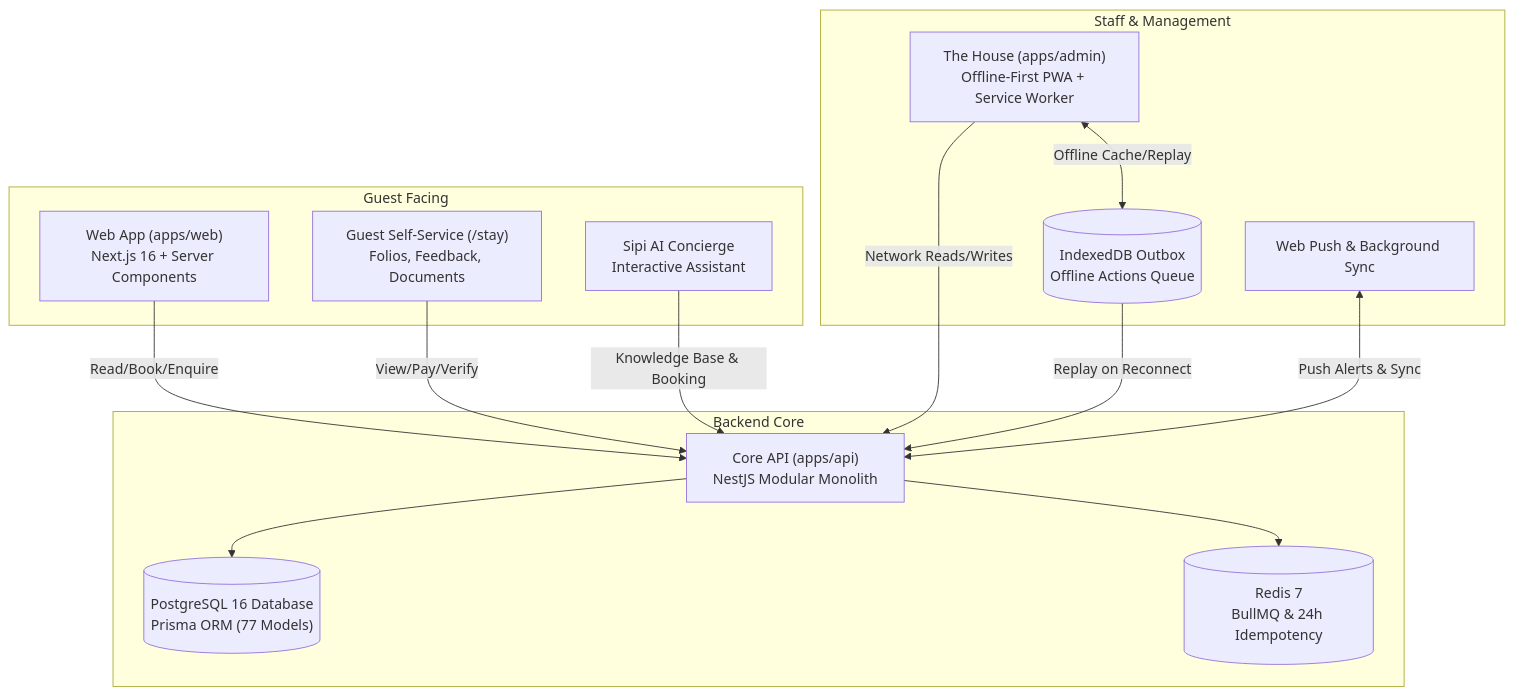
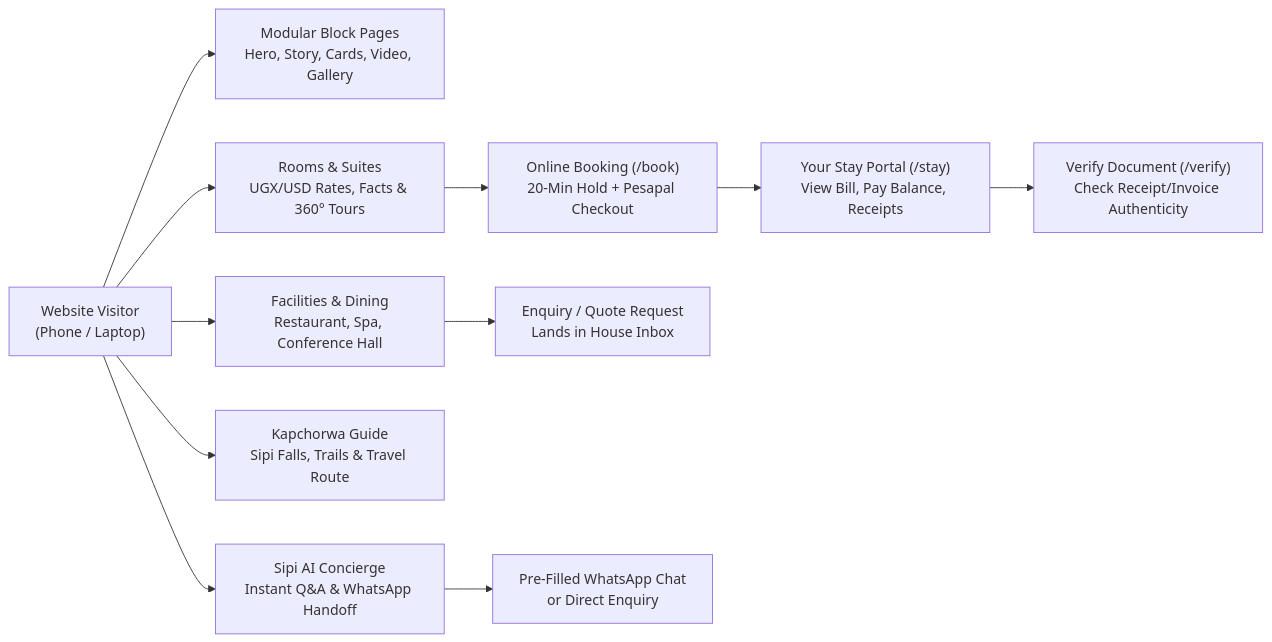
One commit to ecadelgrouplimited-dot/reberonhotelwebsite changed the first of 3 diagrams in docs/FEATURES.md. Above: the diagram before and after it, drawn with Mermaid. The commit also changed other lines of this file, not shown here.

````diff
--- a/docs/FEATURES.md
+++ b/docs/FEATURES.md
@@ -16,30 +77,14 @@
 ```mermaid
-flowchart TD
-  subgraph Public ["Guest Facing"]
-    W["Web App (apps/web)<br/>Next.js 16 + Server Components"]
-    G["Guest Self-Service (/stay)<br/>Folios, Feedback, Documents"]
-    AI["Sipi AI Concierge<br/>Interactive Assistant"]
-  end
+flowchart LR
+  V["Website Visitor<br/>(Phone / Laptop)"] --> HOME["Modular Block Pages<br/>Hero, Story, Cards, Video, Gallery"]
+  V --> ROOMS["Rooms & Suites<br/>UGX/USD Rates, Facts & 360° Tours"]
+  V --> FAC["Facilities & Dining<br/>Restaurant, Spa, Conference Hall"]
+  V --> KAP["Kapchorwa Guide<br/>Sipi Falls, Trails & Travel Route"]
+  V --> AI["Sipi AI Concierge<br/>Instant Q&A & WhatsApp Handoff"]
 
-  subgraph Staff ["Staff & Management"]
-    H["The House (apps/admin)<br/>Offline-First PWA + Service Worker"]
-    IDB[("IndexedDB Outbox<br/>Offline Actions Queue")]
-    PWA["Web Push & Background Sync"]
-  end
-
-  subgraph Backend ["Backend Core"]
-    API["Core API (apps/api)<br/>NestJS Modular Monolith"]
-    PG[("PostgreSQL 16 Database<br/>Prisma ORM (77 Models)")]
-    RD[("Redis 7<br/>BullMQ & 24h Idempotency")]
-  end
-
-  W -->|Read/Book/Enquire| API
-  G -->|View/Pay/Verify| API
-  AI -->|Knowledge Base & Booking| API
-  H -->|Network Reads/Writes| API
-  H <-->|Offline Cache/Replay| IDB
-  IDB -->|Replay on Reconnect| API
-  PWA <-->|Push Alerts & Sync| API
-  API --> PG
-  API --> RD
+  ROOMS --> BOOK["Online Booking (/book)<br/>20-Min Hold + Pesapal Checkout"]
+  FAC --> ENQ["Enquiry / Quote Request<br/>Lands in House Inbox"]
+  AI --> WA["Pre-Filled WhatsApp Chat<br/>or Direct Enquiry"]
+  BOOK --> STAY["Your Stay Portal (/stay)<br/>View Bill, Pay Balance, Receipts"]
+  STAY --> VER["Verify Document (/verify)<br/>Check Receipt/Invoice Authenticity"]
 ```
````
